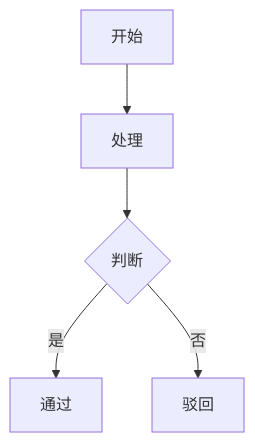
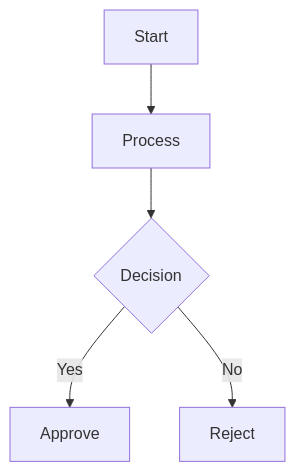
One commit to anlaiye/ai-prompt-templates changed the diagram in README.md. Above: the diagram before and after it, drawn with Mermaid. The commit also changed other lines of this file and 2 other files, not shown here.

````diff
--- a/README.md
+++ b/README.md
@@ -30,7 +30,7 @@
 ```mermaid
 graph TD
-  A[开始] --> B[处理]
-  B --> C{判断}
-  C -- 是 --> D[通过]
-  C -- 否 --> E[驳回]
+  A[Start] --> B[Process]
+  B --> C{Decision}
+  C -- Yes --> D[Approve]
+  C -- No --> E[Reject]
 ```
````
